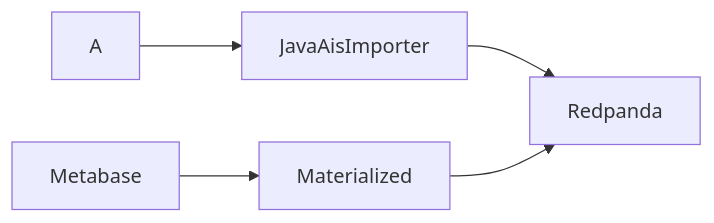
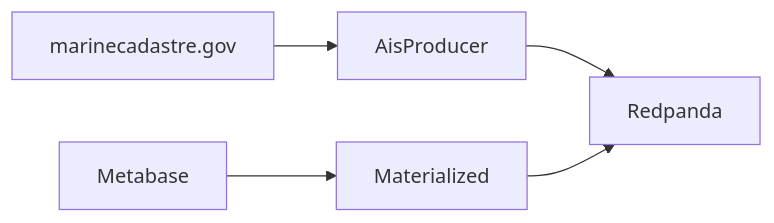
Before and after one commit to marcelmaatkamp/AisMarineCadastreDataInMetabase: the diagram in README.md, drawn with Mermaid.

Commit message:
mermaidjs

````diff
--- a/README.md
+++ b/README.md
@@ -5,11 +5,11 @@
 ```mermaid
 flowchart LR
-    A-->JavaAisImporter
-    JavaAisImporter-->Redpanda
+    marinecadastre.gov-->AisProducer
+    AisProducer-->Redpanda
     Materialized-->Redpanda
     Metabase-->Materialized
-    click A "https://www.github.com" _blank
-    click B "https://www.github.com" "Open this in a new tab" _blank
+    click marinecadastre.gov "https://marinecadastre.gov/ais" _blank
+    click AisProducer "https://github.com/marcelmaatkamp/AisMarineCadastreDataInMetabase/tree/master/application/producer/java/AisProducer" "Open this in a new tab" _blank
     click C href "https://www.github.com" _blank
     click D href "https://www.github.com" "Open this in a new tab" _blank
 ```
````
